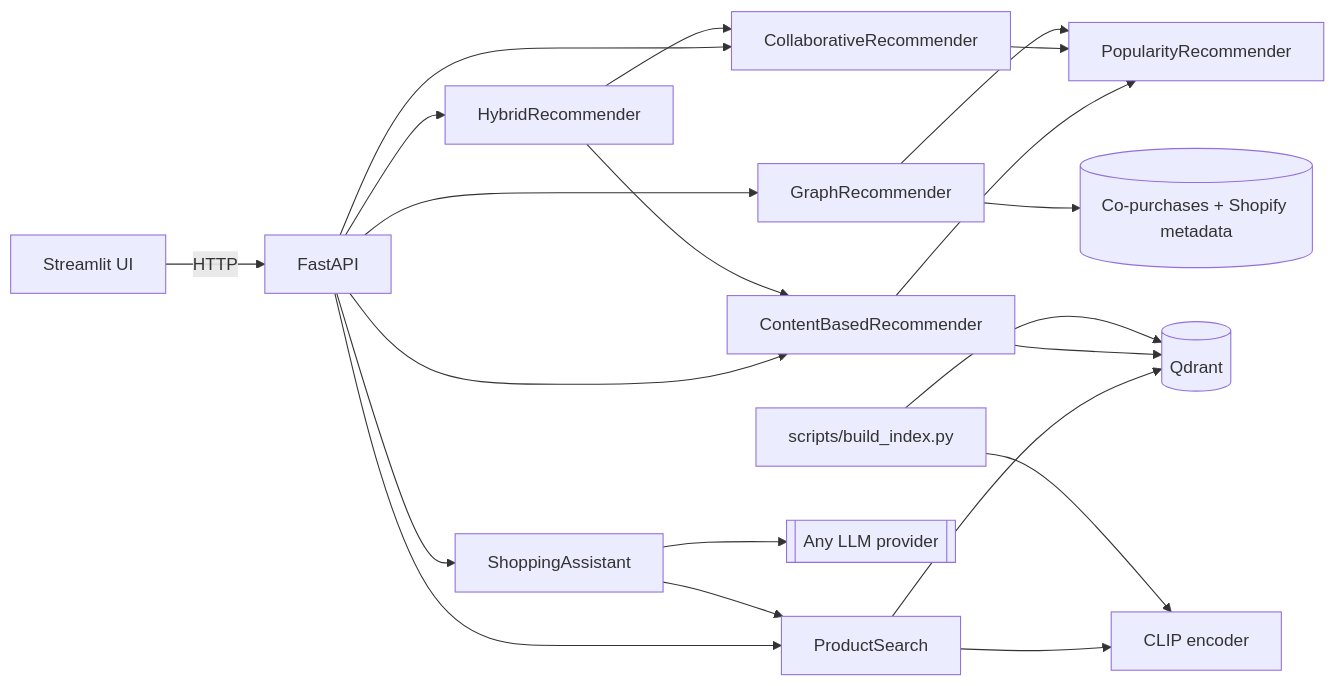
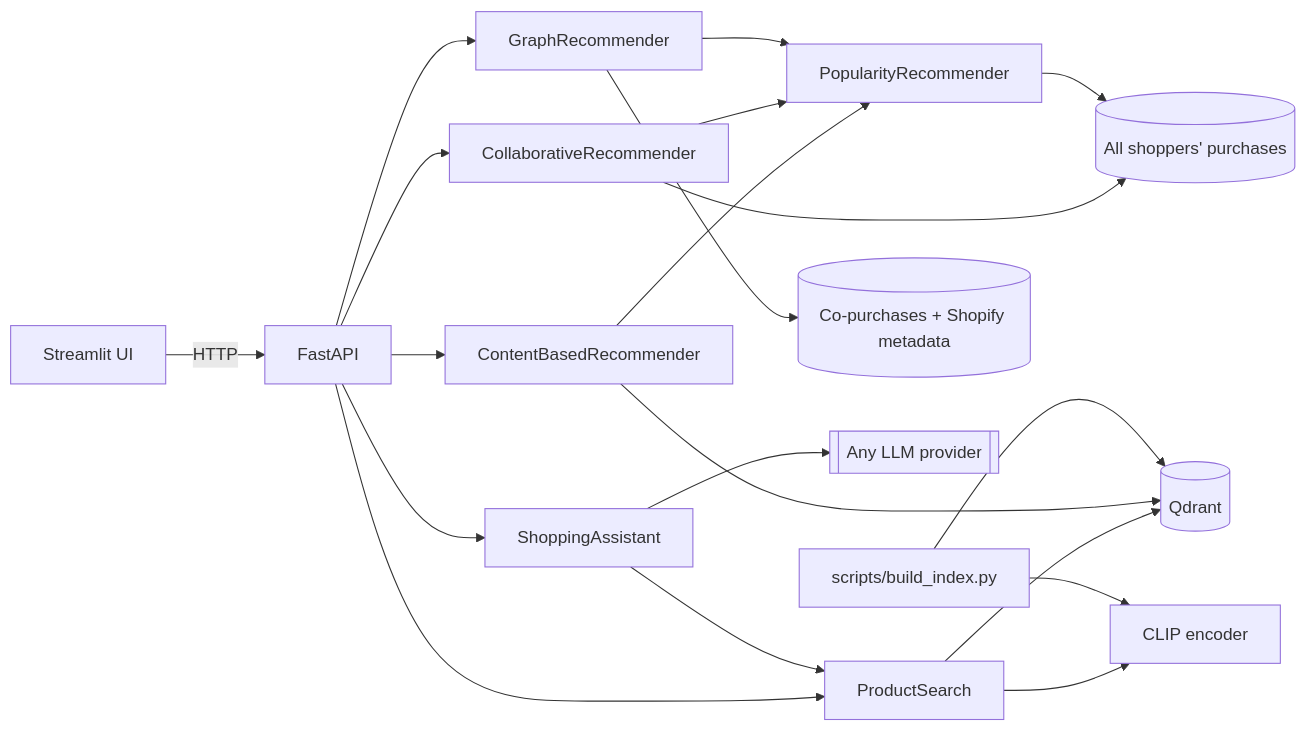
One commit to yo1am1/clothes-recommender changed the diagram in README.md. Above: the diagram before and after it, drawn with Mermaid. The commit also changed other lines of this file and 8 other files, not shown here.

````diff
--- a/README.md
+++ b/README.md
@@ -119,20 +121,19 @@
 ```mermaid
 flowchart LR
     UI[Streamlit UI] -- HTTP --> API[FastAPI]
     API --> S[ProductSearch]
     API --> CB[ContentBasedRecommender]
     API --> CF[CollaborativeRecommender]
     API --> G[GraphRecommender]
-    API --> H[HybridRecommender]
-    H --> CF & CB
     API --> A[ShoppingAssistant]
     S --> E[CLIP encoder]
     S --> Q[(Qdrant)]
     CB --> Q
     CB & CF --> P[PopularityRecommender]
+    CF & P --> SP[(All shoppers' purchases)]
     G --> P
     G --> KG[(Co-purchases + Shopify metadata)]
     A --> LLM[[Any LLM provider]]
     A --> S
     B[scripts/build_index.py] --> E & Q
 ```
````
